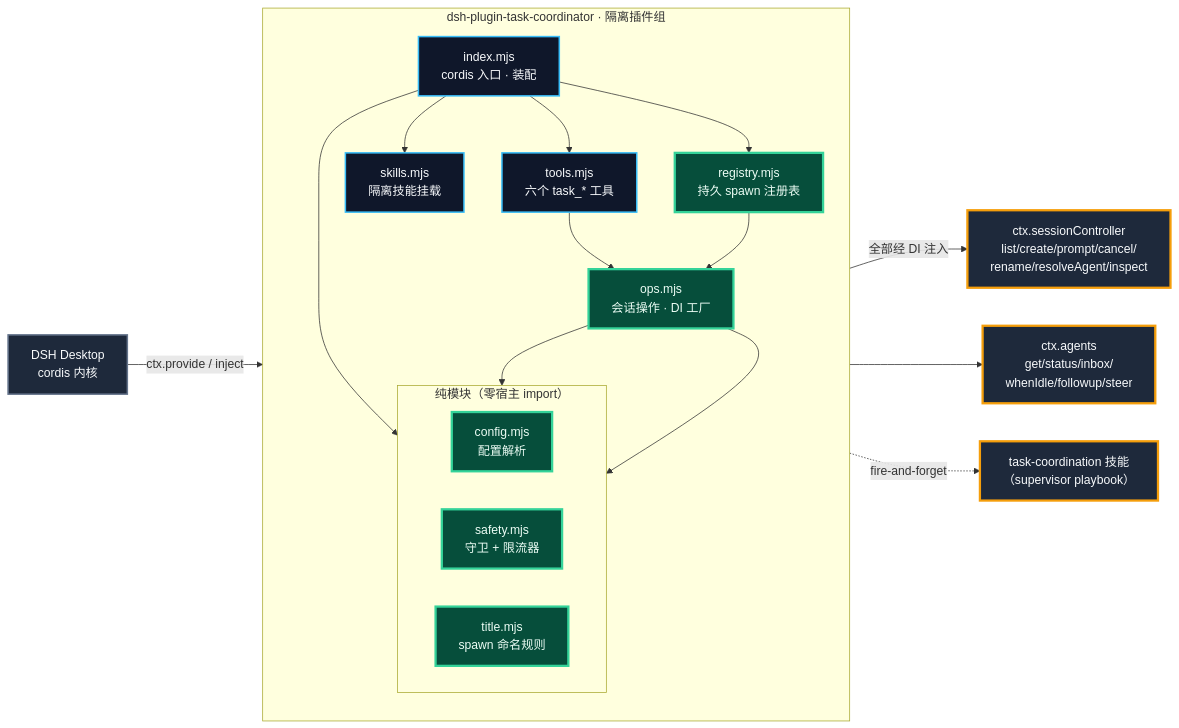
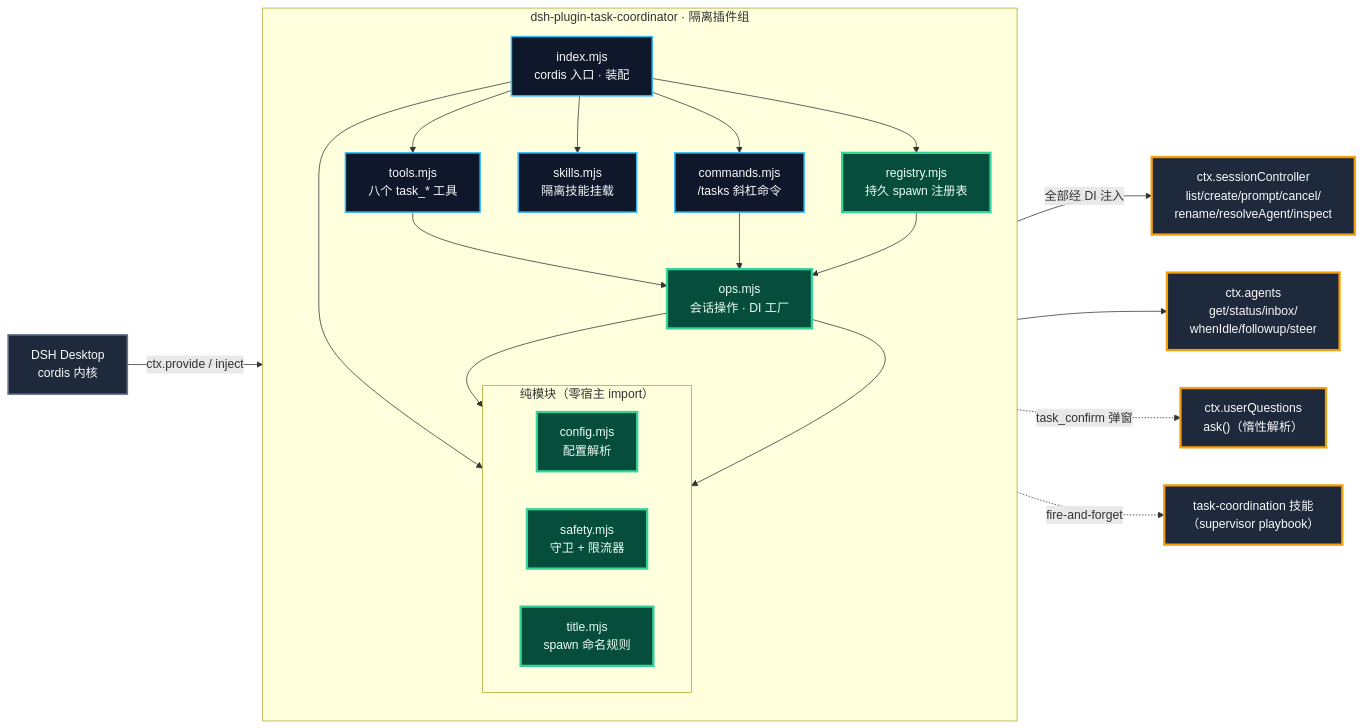
One commit to Kayungko/dsh-plugin-task-coordinator changed the diagram in docs/ARCHITECTURE.md. Above: the diagram before and after it, drawn with Mermaid. The commit also changed other lines of this file and 15 other files, not shown here.

````diff
--- a/docs/ARCHITECTURE.md
+++ b/docs/ARCHITECTURE.md
@@ -15,46 +15,50 @@
 ```mermaid
 flowchart LR
     host["DSH Desktop<br/>cordis 内核"]
 
     subgraph plugin["dsh-plugin-task-coordinator · 隔离插件组"]
         direction TB
         index["index.mjs<br/>cordis 入口 · 装配"]
-        tools["tools.mjs<br/>六个 task_* 工具"]
+        tools["tools.mjs<br/>八个 task_* 工具"]
+        commands["commands.mjs<br/>/tasks 斜杠命令"]
         ops["ops.mjs<br/>会话操作 · DI 工厂"]
         skills["skills.mjs<br/>隔离技能挂载"]
         registry["registry.mjs<br/>持久 spawn 注册表"]
 
         subgraph pure["纯模块（零宿主 import）"]
             direction LR
             config["config.mjs<br/>配置解析"]
             safety["safety.mjs<br/>守卫 + 限流器"]
             title["title.mjs<br/>spawn 命名规则"]
         end
 
         index --> tools --> ops
+        index --> commands --> ops
         index --> skills
         index --> config
         index --> registry --> ops
         ops --> safety
         ops --> title
     end
 
     sc["ctx.sessionController<br/>list/create/prompt/cancel/<br/>rename/resolveAgent/inspect"]
     agents["ctx.agents<br/>get/status/inbox/<br/>whenIdle/followup/steer"]
+    uq["ctx.userQuestions<br/>ask()（惰性解析）"]
     skill["task-coordination 技能<br/>（supervisor playbook）"]
 
     host -->|"ctx.provide / inject"| index
     ops -->|"全部经 DI 注入"| sc
     ops --> agents
+    ops -.->|"task_confirm 弹窗"| uq
     skills -.->|"fire-and-forget"| skill
 
     classDef host fill:#1E293B,stroke:#64748B,color:#F8FAFC,stroke-width:2px;
     classDef wiring fill:#0F172A,stroke:#38BDF8,color:#F8FAFC,stroke-width:2px;
     classDef core fill:#064E3B,stroke:#34D399,color:#ECFDF5,stroke-width:3px;
     classDef target fill:#1E293B,stroke:#F59E0B,color:#F8FAFC,stroke-width:3px;
 
     class host host;
-    class index,tools,skills wiring;
+    class index,tools,commands,skills wiring;
     class ops,config,safety,title,registry core;
-    class sc,agents,skill target;
+    class sc,agents,uq,skill target;
 ```
````
